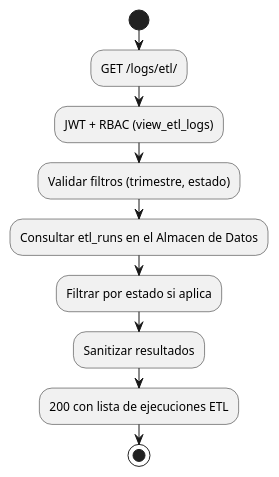
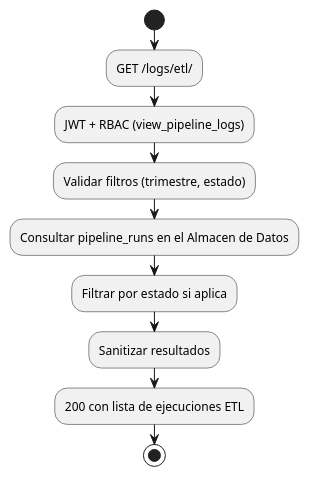
The diagram in source/requisitos/casos-uso/logs/uc-log-02/diagramas-uml/actividad.rst (jcg-admin/IACT-docs), drawn with PlantUML before and after one commit. The commit also changed 96 other files, not shown here.

First line of the commit message:
Apply CNST-033: rename ETL→Pipeline in domain-model + sweep refs

```diff
--- a/source/requisitos/casos-uso/logs/uc-log-02/diagramas-uml/actividad.rst
+++ b/source/requisitos/casos-uso/logs/uc-log-02/diagramas-uml/actividad.rst
@@ -4,13 +4,13 @@
 .. uml::
 
  @startuml
  start
  :GET /logs/etl/;
- :JWT + RBAC (view_etl_logs);
+ :JWT + RBAC (view_pipeline_logs);
  :Validar filtros (trimestre, estado);
- :Consultar etl_runs en el Almacen de Datos;
+ :Consultar pipeline_runs en el Almacen de Datos;
  :Filtrar por estado si aplica;
  :Sanitizar resultados;
  :200 con lista de ejecuciones ETL;
  stop
  @enduml
```
